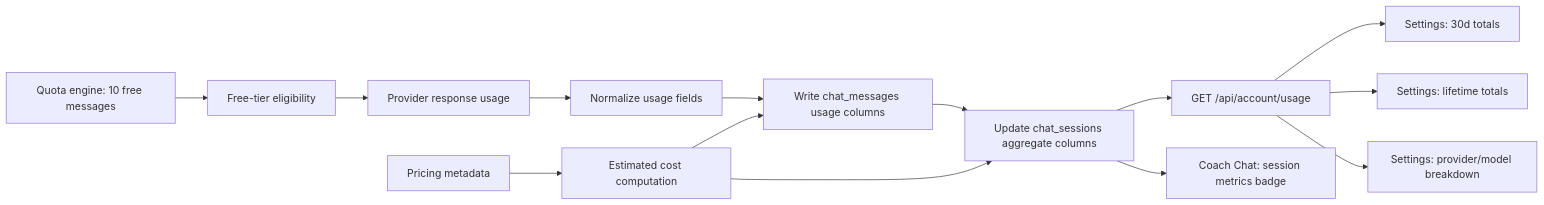
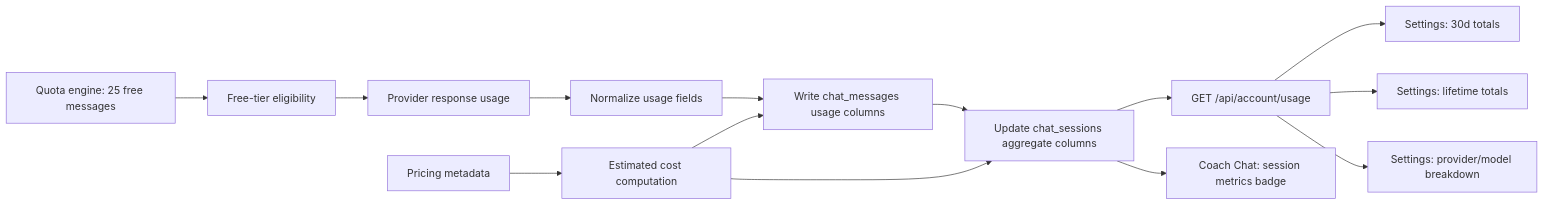
Before and after one commit to seintun/sifu_quest: the second of 2 diagrams in docs/technical/provider-pricing-roadmap.md, drawn with Mermaid. The commit also changed other lines of this file and 53 other files, not shown here.

First line of the commit message:
Architecture review: security hardening, code decomposition, and documentation fixes (#53)

````diff
--- a/docs/technical/provider-pricing-roadmap.md
+++ b/docs/technical/provider-pricing-roadmap.md
@@ -138,19 +138,19 @@
 ```mermaid
 flowchart LR
   A[Provider response usage] --> B[Normalize usage fields]
   B --> C[Write chat_messages usage columns]
   C --> D[Update chat_sessions aggregate columns]
   D --> E[GET /api/account/usage]
 
   E --> F[Settings: 30d totals]
   E --> G[Settings: lifetime totals]
   E --> H[Settings: provider/model breakdown]
   D --> I[Coach Chat: session metrics badge]
 
   J[Pricing metadata] --> K[Estimated cost computation]
   K --> C
   K --> D
 
-  L[Quota engine: 10 free messages] --> M[Free-tier eligibility]
+  L[Quota engine: 25 free messages] --> M[Free-tier eligibility]
   M --> A
 ```
````
